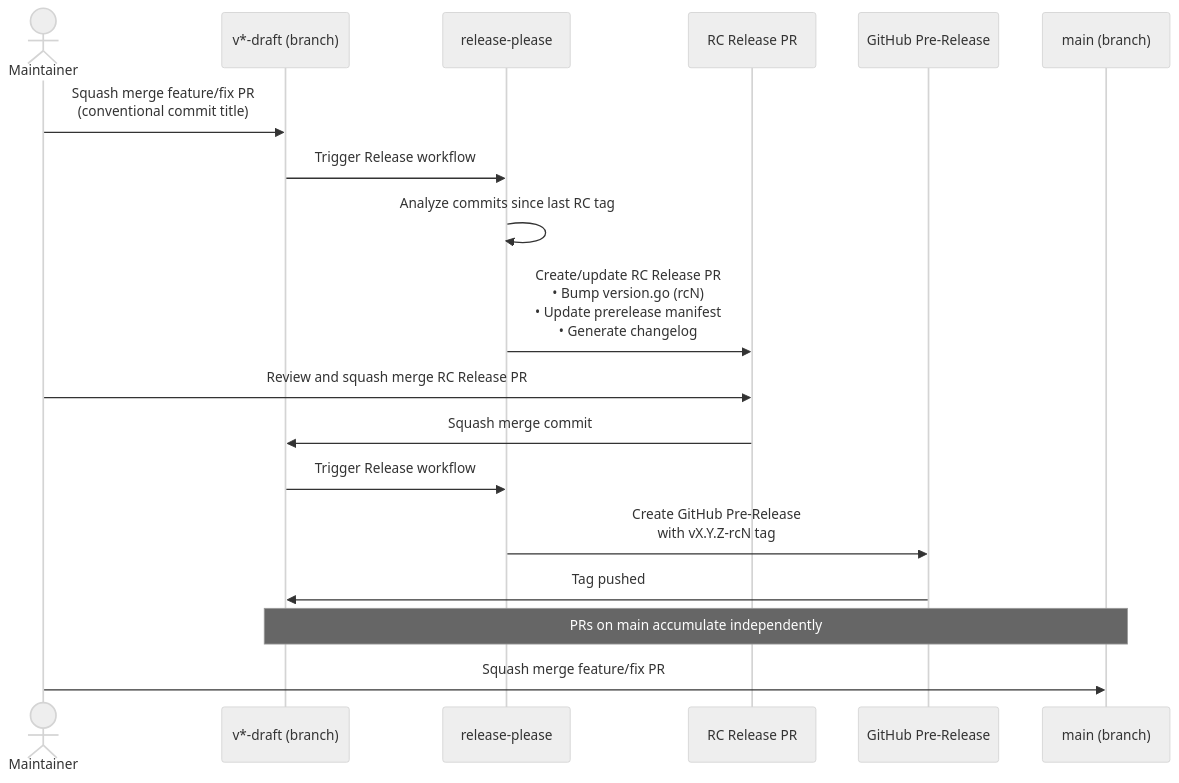
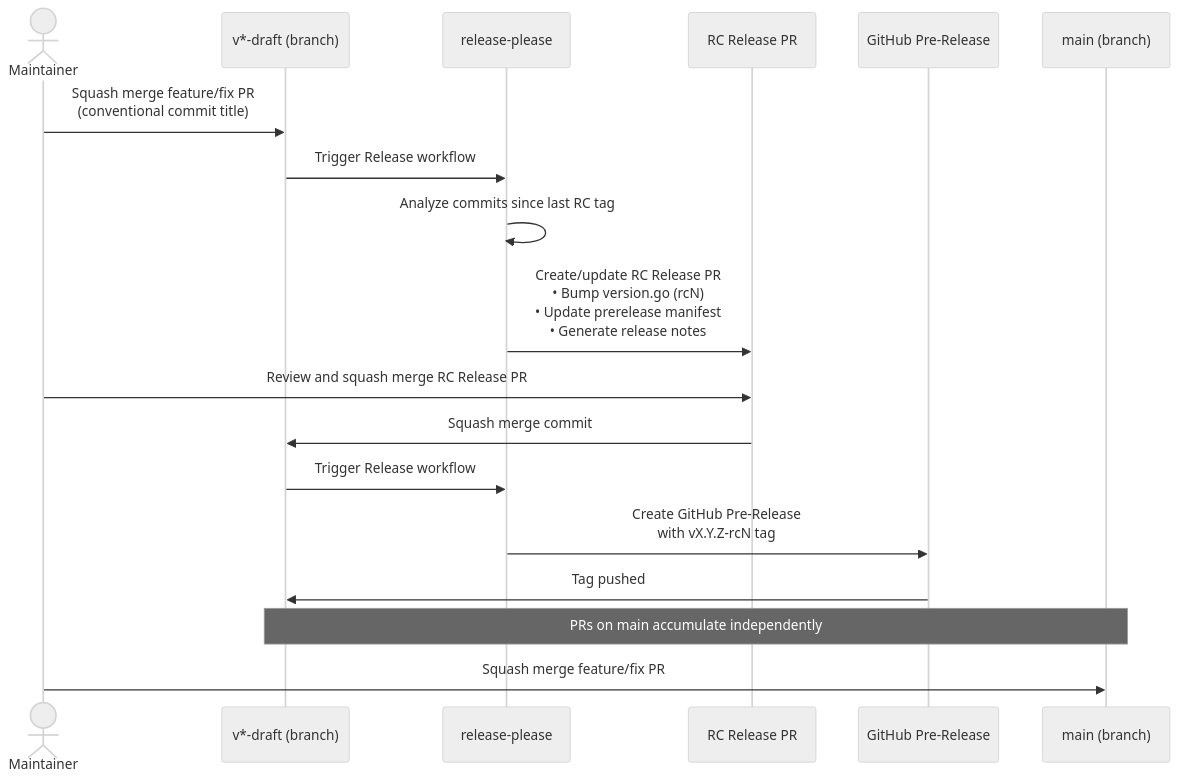
The third of 4 diagrams in docs/release-process.md (Kardbord/hfgo), drawn with Mermaid (neutral theme) before and after one commit. The commit also changed other lines of this file and 40 other files, not shown here.

````diff
--- a/docs/release-process.md
+++ b/docs/release-process.md
@@ -228,22 +228,22 @@
 ```mermaid
 sequenceDiagram
     actor Maintainer
     participant Draft as v*-draft (branch)
     participant RP as release-please
     participant RCPR as RC Release PR
     participant GitHub as GitHub Pre-Release
     participant Main as main (branch)
 
     Maintainer->>Draft: Squash merge feature/fix PR<br/>(conventional commit title)
     Draft->>RP: Trigger Release workflow
     RP->>RP: Analyze commits since last RC tag
-    RP->>RCPR: Create/update RC Release PR<br/>• Bump version.go (rcN)<br/>• Update prerelease manifest<br/>• Generate changelog
+    RP->>RCPR: Create/update RC Release PR<br/>• Bump version.go (rcN)<br/>• Update prerelease manifest<br/>• Generate release notes
     Maintainer->>RCPR: Review and squash merge RC Release PR
     RCPR->>Draft: Squash merge commit
     Draft->>RP: Trigger Release workflow
     RP->>GitHub: Create GitHub Pre-Release<br/>with vX.Y.Z-rcN tag
     GitHub->>Draft: Tag pushed
 
     Note over Draft,Main: PRs on main accumulate independently
     Maintainer->>Main: Squash merge feature/fix PR
 ```
````
